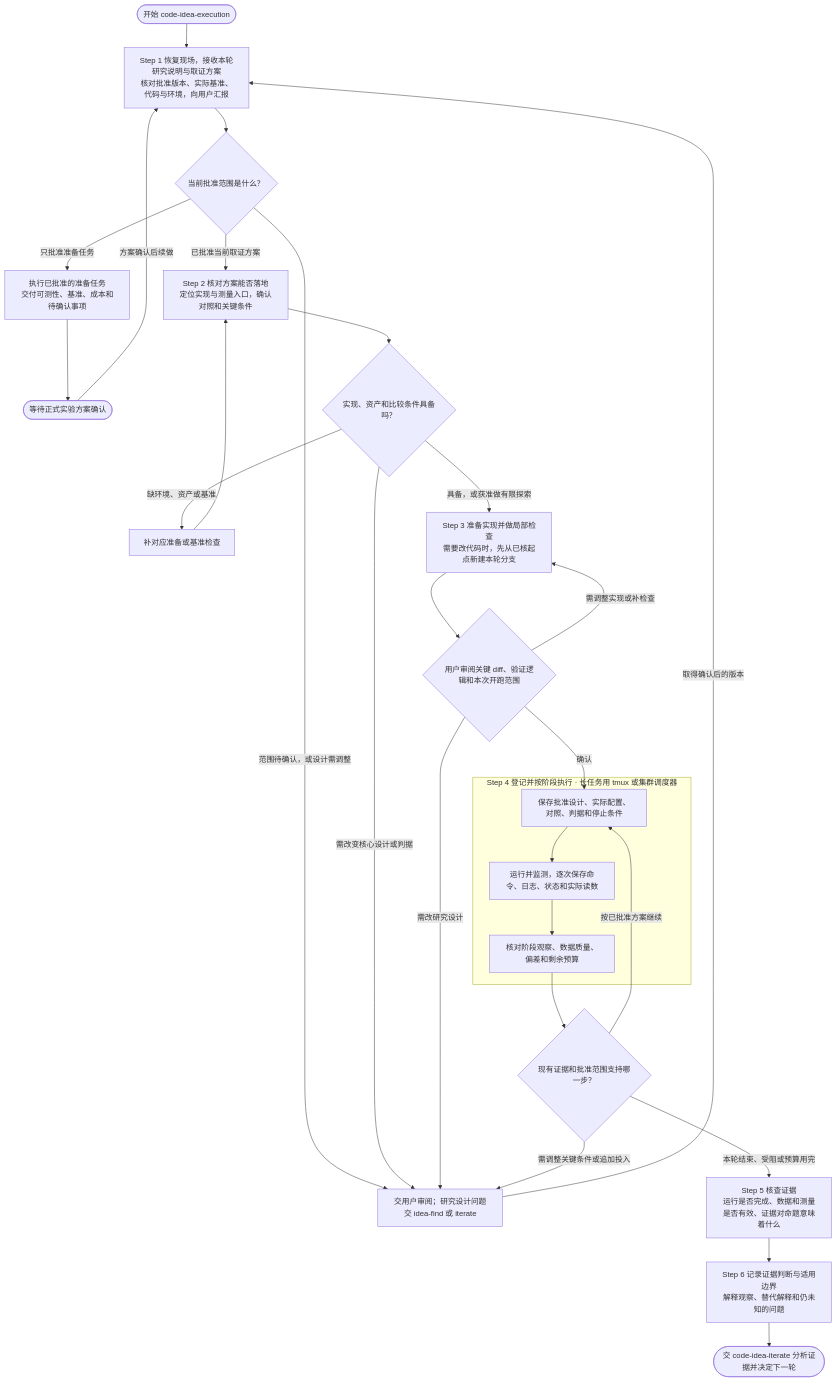
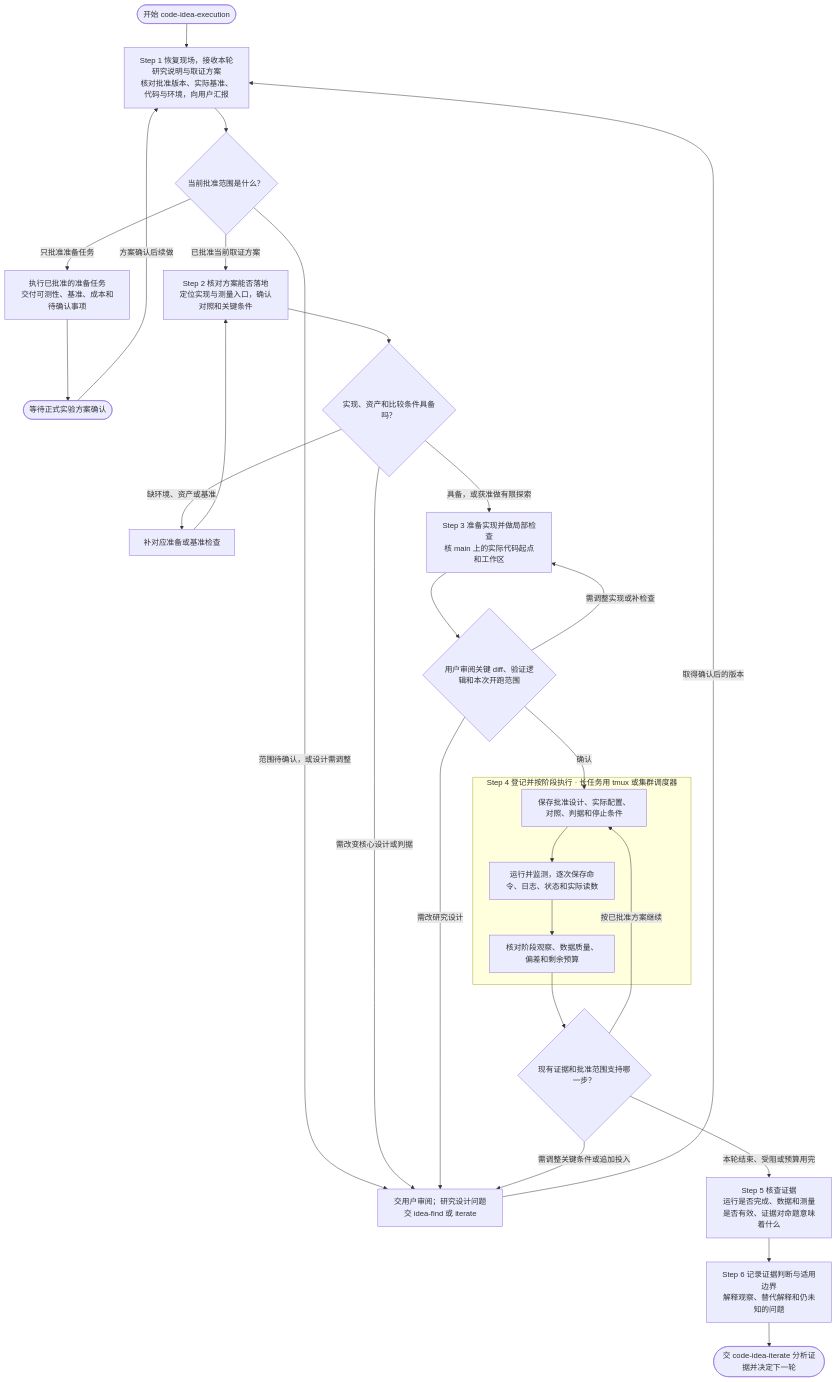
One commit to jackwang0108/dl-assistant changed the second of 2 diagrams in plugins/dl-assistant/skills/code-idea-execution/SKILL.md. Above: the diagram before and after it, drawn with Mermaid. The commit also changed other lines of this file and 13 other files, not shown here.

````diff
--- a/plugins/dl-assistant/skills/code-idea-execution/SKILL.md
+++ b/plugins/dl-assistant/skills/code-idea-execution/SKILL.md
@@ -69,37 +69,37 @@
 ```mermaid
 flowchart TD
     START(["开始 code-idea-execution"]) --> S1["Step 1 恢复现场，接收本轮研究说明与取证方案<br/>核对批准版本、实际基准、代码与环境，向用户汇报"]
     S1 --> SCOPE{"当前批准范围是什么？"}
     SCOPE -->|"范围待确认，或设计需调整"| REVIEW_PLAN["交用户审阅；研究设计问题交 idea-find 或 iterate"]
     REVIEW_PLAN -->|"取得确认后的版本"| S1
     SCOPE -->|"只批准准备任务"| PREP_ONLY["执行已批准的准备任务<br/>交付可测性、基准、成本和待确认事项"]
     PREP_ONLY --> WAIT(["等待正式实验方案确认"])
     WAIT -->|"方案确认后续做"| S1
     SCOPE -->|"已批准当前取证方案"| S2["Step 2 核对方案能否落地<br/>定位实现与测量入口，确认对照和关键条件"]
 
     S2 --> READY{"实现、资产和比较条件具备吗？"}
     READY -->|"缺环境、资产或基准"| FIX_INPUT["补对应准备或基准检查"]
     FIX_INPUT --> S2
     READY -->|"需改变核心设计或判据"| REVIEW_PLAN
-    READY -->|"具备，或获准做有限探索"| S3["Step 3 准备实现并做局部检查<br/>需要改代码时，先从已核起点新建本轮分支"]
+    READY -->|"具备，或获准做有限探索"| S3["Step 3 准备实现并做局部检查<br/>核 main 上的实际代码起点和工作区"]
     S3 --> CODE_REVIEW{"用户审阅关键 diff、验证逻辑和本次开跑范围"}
     CODE_REVIEW -->|"需调整实现或补检查"| S3
     CODE_REVIEW -->|"需改研究设计"| REVIEW_PLAN
     CODE_REVIEW -->|"确认"| REGISTER
 
     subgraph RUN["Step 4 登记并按阶段执行 · 长任务用 tmux 或集群调度器"]
         REGISTER["保存批准设计、实际配置、对照、判据和停止条件"]
         EXECUTE["运行并监测，逐次保存命令、日志、状态和实际读数"]
         PHASE["核对阶段观察、数据质量、偏差和剩余预算"]
         REGISTER --> EXECUTE --> PHASE
     end
 
     PHASE --> NEXT{"现有证据和批准范围支持哪一步？"}
     NEXT -->|"按已批准方案继续"| REGISTER
     NEXT -->|"需调整关键条件或追加投入"| REVIEW_PLAN
     NEXT -->|"本轮结束、受阻或预算用完"| S5
 
     S5["Step 5 核查证据<br/>运行是否完成、数据和测量是否有效、证据对命题意味着什么"]
     S5 --> S6["Step 6 记录证据判断与适用边界<br/>解释观察、替代解释和仍未知的问题"]
     S6 --> HANDOFF(["交 code-idea-iterate 分析证据并决定下一轮"])
 ```
````
